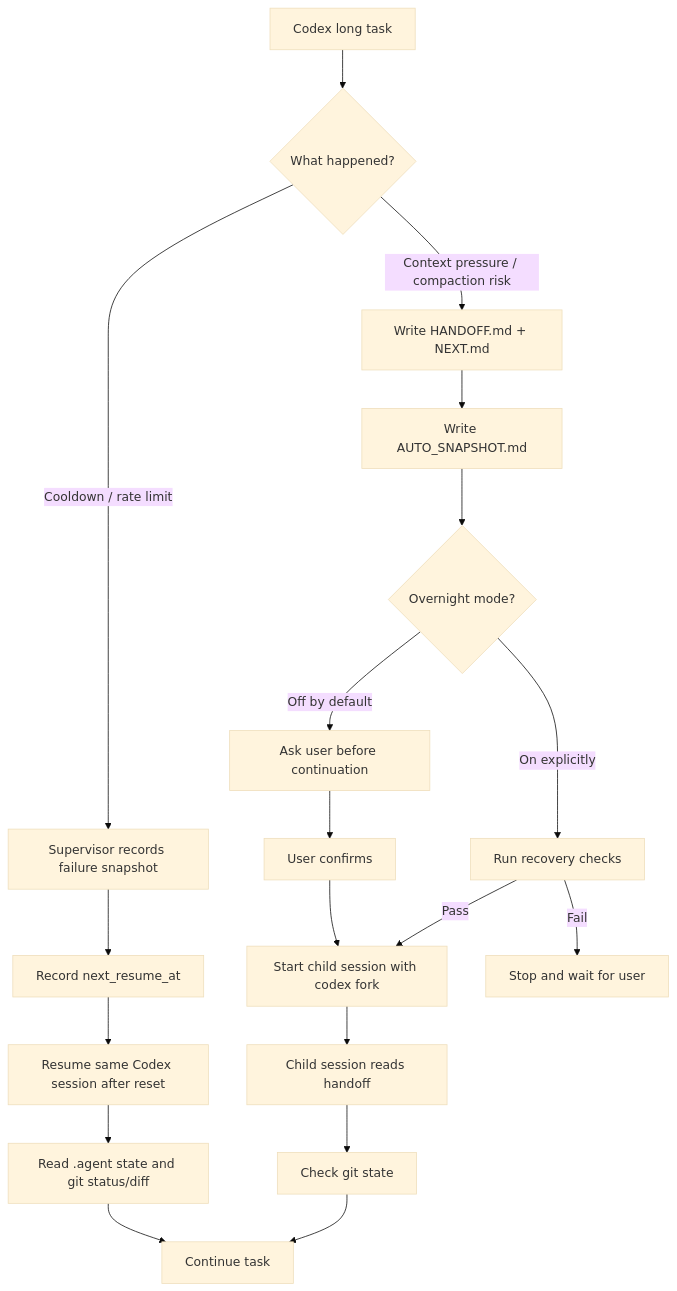
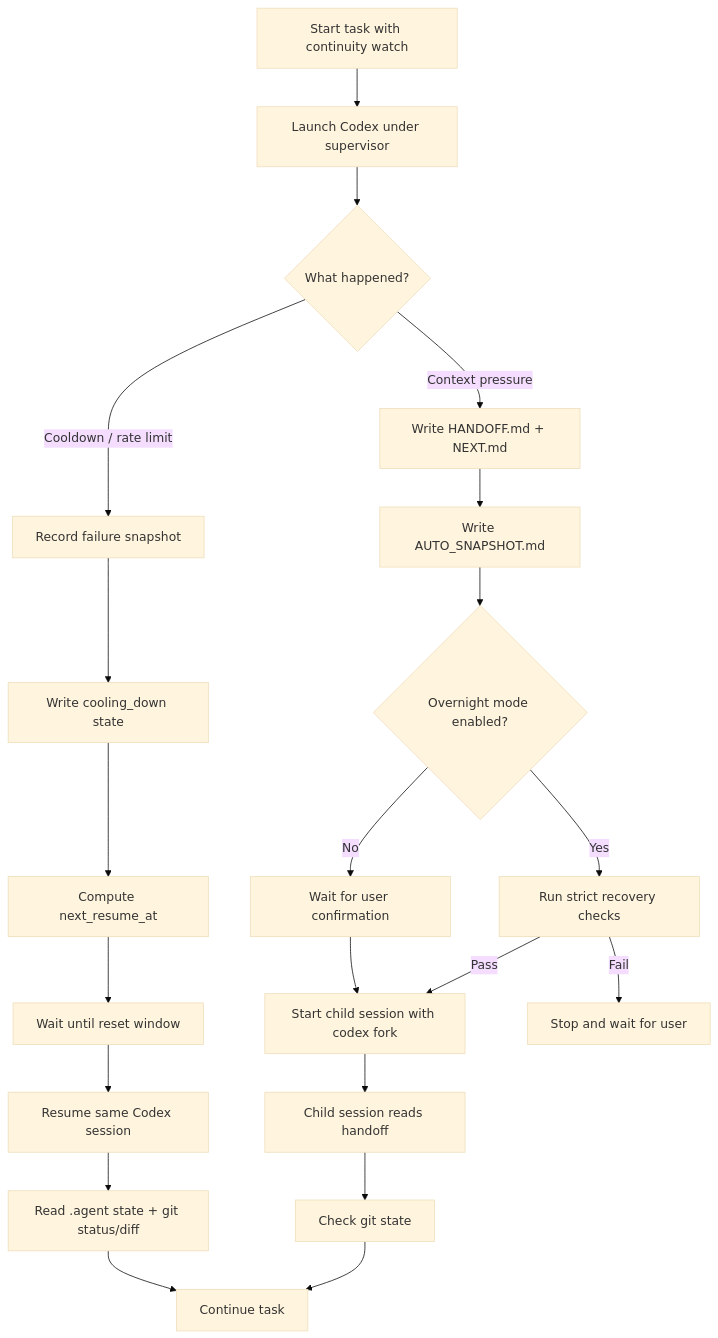
One commit to Hsi431/continuation-layer changed the diagram in README.md. Above: the diagram before and after it, drawn with Mermaid (base theme). The commit also changed other lines of this file and 2 other files, not shown here.

````diff
--- a/README.md
+++ b/README.md
@@ -79,26 +117,28 @@
 ```mermaid
 flowchart TD
-    A["Codex long task"] --> B{"What happened?"}
+  A["Start task with continuity watch"] --> B["Launch Codex under supervisor"]
+  B --> C{"What happened?"}
 
-    B -->|"Cooldown / rate limit"| C["Supervisor records failure snapshot"]
-    C --> D["Record next_resume_at"]
-    D --> E["Resume same Codex session after reset"]
-    E --> F["Read .agent state and git status/diff"]
-    F --> G["Continue task"]
+  C -->|"Cooldown / rate limit"| D["Record failure snapshot"]
+  D --> E["Write cooling_down state"]
+  E --> F["Compute next_resume_at"]
+  F --> G["Wait until reset window"]
+  G --> H["Resume same Codex session"]
+  H --> I["Read .agent state + git status/diff"]
+  I --> J["Continue task"]
 
-    B -->|"Context pressure / compaction risk"| H["Write HANDOFF.md + NEXT.md"]
-    H --> I["Write AUTO_SNAPSHOT.md"]
-    I --> J{"Overnight mode?"}
+  C -->|"Context pressure"| K["Write HANDOFF.md + NEXT.md"]
+  K --> L["Write AUTO_SNAPSHOT.md"]
+  L --> M{"Overnight mode enabled?"}
 
-    J -->|"Off by default"| K["Ask user before continuation"]
-    K --> L["User confirms"]
-    L --> M["Start child session with codex fork"]
+  M -->|"No"| N["Wait for user confirmation"]
+  N --> O["Start child session with codex fork"]
 
-    J -->|"On explicitly"| N["Run recovery checks"]
-    N -->|"Pass"| M
-    N -->|"Fail"| O["Stop and wait for user"]
+  M -->|"Yes"| P["Run strict recovery checks"]
+  P -->|"Pass"| O
+  P -->|"Fail"| Q["Stop and wait for user"]
 
-    M --> P["Child session reads handoff"]
-    P --> Q["Check git state"]
-    Q --> G
+  O --> R["Child session reads handoff"]
+  R --> S["Check git state"]
+  S --> J
 ```
````
